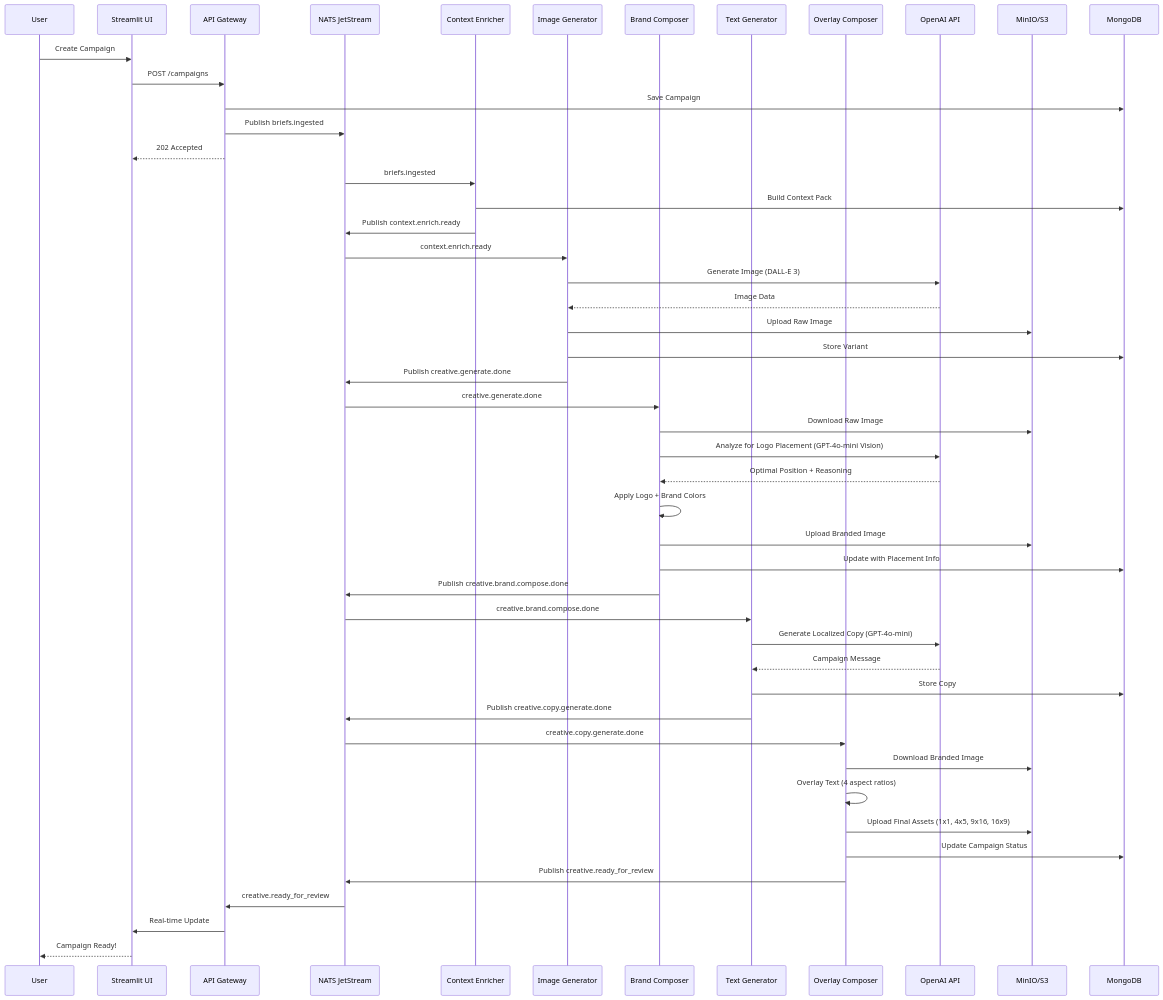
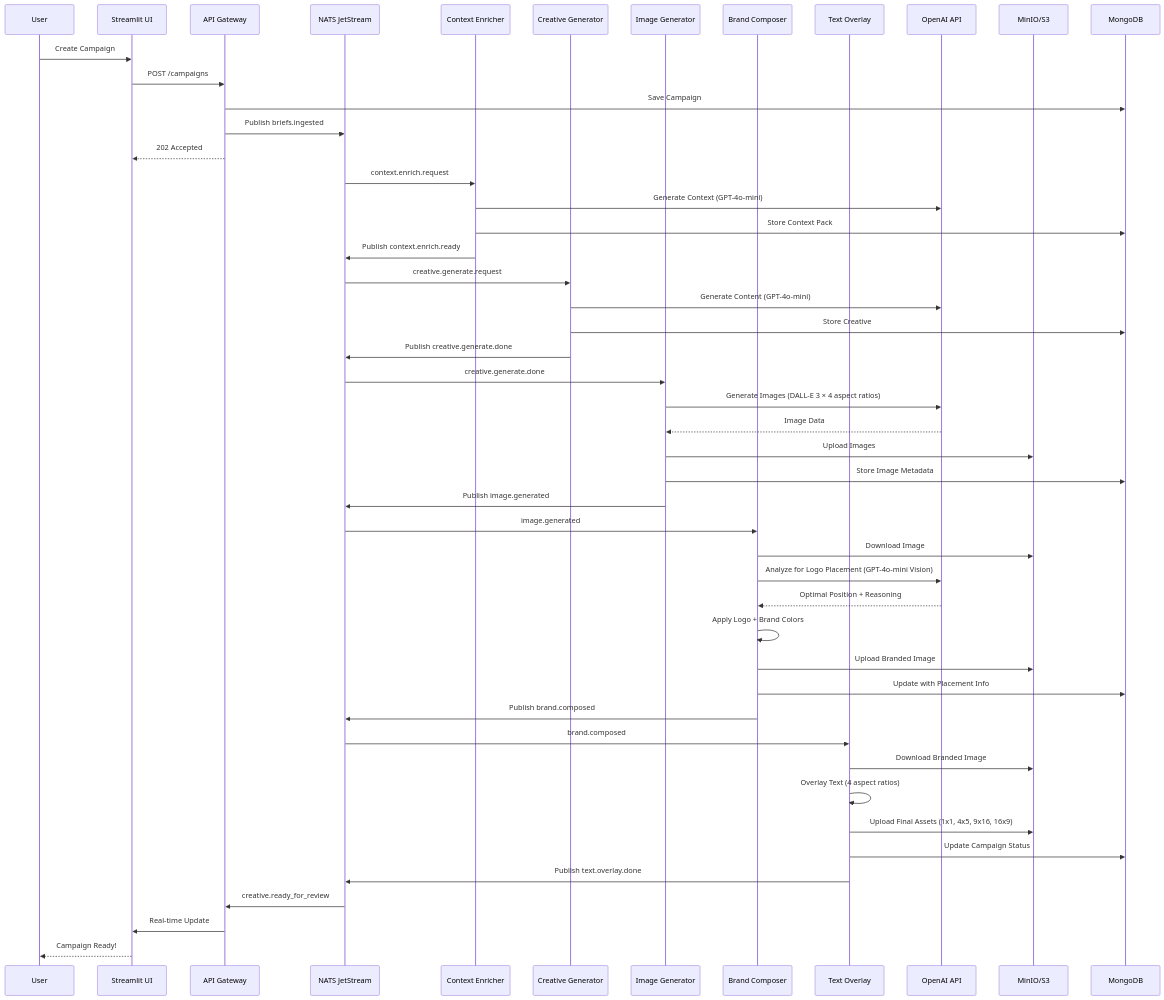
Before and after one commit to gsantopaolo/CreativeCampaign-Agent: the second of 10 diagrams in docs/architecture-diagram.md, drawn with Mermaid. The commit also changed other lines of this file and 7 other files, not shown here.

````diff
--- a/docs/architecture-diagram.md
+++ b/docs/architecture-diagram.md
@@ -83,58 +84,58 @@
 ```mermaid
 sequenceDiagram
     participant User
     participant UI as Streamlit UI
     participant API as API Gateway
     participant NATS as NATS JetStream
     participant CE as Context Enricher
+    participant CG as Creative Generator
     participant IG as Image Generator
     participant BC as Brand Composer
-    participant TG as Text Generator
-    participant OC as Overlay Composer
+    participant TO as Text Overlay
     participant OpenAI as OpenAI API
     participant S3 as MinIO/S3
     participant DB as MongoDB
 
     User->>UI: Create Campaign
     UI->>API: POST /campaigns
     API->>DB: Save Campaign
     API->>NATS: Publish briefs.ingested
     API-->>UI: 202 Accepted
     
-    NATS->>CE: briefs.ingested
-    CE->>DB: Build Context Pack
+    NATS->>CE: context.enrich.request
+    CE->>OpenAI: Generate Context (GPT-4o-mini)
+    CE->>DB: Store Context Pack
     CE->>NATS: Publish context.enrich.ready
     
-    NATS->>IG: context.enrich.ready
-    IG->>OpenAI: Generate Image (DALL-E 3)
+    NATS->>CG: creative.generate.request
+    CG->>OpenAI: Generate Content (GPT-4o-mini)
+    CG->>DB: Store Creative
+    CG->>NATS: Publish creative.generate.done
+    
+    NATS->>IG: creative.generate.done
+    IG->>OpenAI: Generate Images (DALL-E 3 × 4 aspect ratios)
     OpenAI-->>IG: Image Data
-    IG->>S3: Upload Raw Image
-    IG->>DB: Store Variant
-    IG->>NATS: Publish creative.generate.done
+    IG->>S3: Upload Images
+    IG->>DB: Store Image Metadata
+    IG->>NATS: Publish image.generated
     
-    NATS->>BC: creative.generate.done
-    BC->>S3: Download Raw Image
+    NATS->>BC: image.generated
+    BC->>S3: Download Image
     BC->>OpenAI: Analyze for Logo Placement (GPT-4o-mini Vision)
     OpenAI-->>BC: Optimal Position + Reasoning
     BC->>BC: Apply Logo + Brand Colors
     BC->>S3: Upload Branded Image
     BC->>DB: Update with Placement Info
-    BC->>NATS: Publish creative.brand.compose.done
+    BC->>NATS: Publish brand.composed
     
-    NATS->>TG: creative.brand.compose.done
-    TG->>OpenAI: Generate Localized Copy (GPT-4o-mini)
-    OpenAI-->>TG: Campaign Message
-    TG->>DB: Store Copy
-    TG->>NATS: Publish creative.copy.generate.done
-    
-    NATS->>OC: creative.copy.generate.done
-    OC->>S3: Download Branded Image
-    OC->>OC: Overlay Text (4 aspect ratios)
-    OC->>S3: Upload Final Assets (1x1, 4x5, 9x16, 16x9)
-    OC->>DB: Update Campaign Status
-    OC->>NATS: Publish creative.ready_for_review
+    NATS->>TO: brand.composed
+    TO->>S3: Download Branded Image
+    TO->>TO: Overlay Text (4 aspect ratios)
+    TO->>S3: Upload Final Assets (1x1, 4x5, 9x16, 16x9)
+    TO->>DB: Update Campaign Status
+    TO->>NATS: Publish text.overlay.done
     
     NATS->>API: creative.ready_for_review
     API->>UI: Real-time Update
     UI-->>User: Campaign Ready!
 ```
````
